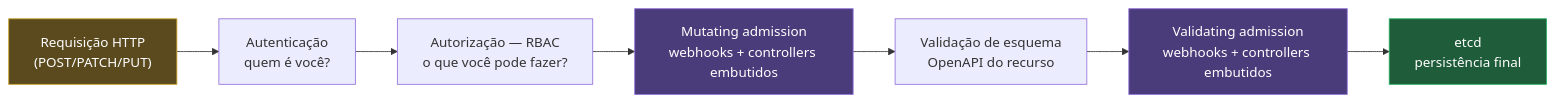
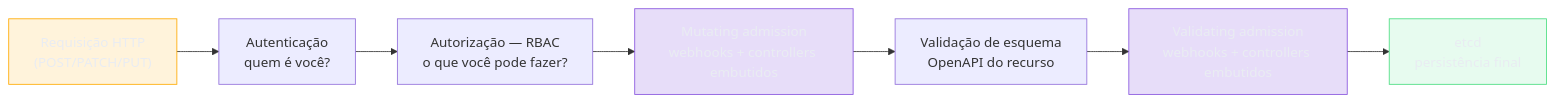
One commit to josenaldo/codex-technomanticus changed the second of 4 diagrams in 03-Dominios/Tecnologia/Infraestrutura/Kubernetes/16 - O control plane por dentro.md. Above: the diagram before and after it, drawn with Mermaid. The commit also changed other lines of this file and 1181 other files, not shown here.

First line of the commit message:
fix(diagramas): paleta do sistema no lugar de cor cravada no markdown

````diff
--- a/03-Dominios/Tecnologia/Infraestrutura/Kubernetes/16 - O control plane por dentro.md
+++ b/03-Dominios/Tecnologia/Infraestrutura/Kubernetes/16 - O control plane por dentro.md
@@ -100,14 +101,17 @@
 ```mermaid
 graph LR
+    classDef destaque fill:#FFAA0024,stroke:#FFAA00,color:#E9ECF2
+    classDef ok fill:#4ADE8021,stroke:#4ADE80,color:#E9ECF2
+    classDef marca fill:#8855DF33,stroke:#8855DF,color:#E9ECF2
     Req["Requisição HTTP<br/>(POST/PATCH/PUT)"] --> Auth["Autenticação<br/>quem é você?"]
     Auth --> Az["Autorização — RBAC<br/>o que você pode fazer?"]
     Az --> MA["Mutating admission<br/>webhooks + controllers embutidos"]
     MA --> Sch["Validação de esquema<br/>OpenAPI do recurso"]
     Sch --> VA["Validating admission<br/>webhooks + controllers embutidos"]
     VA --> ETCD["etcd<br/>persistência final"]
 
-    style Req fill:#5a4a1e,stroke:#c9a227,color:#fff
-    style ETCD fill:#1e5c3a,stroke:#27ae60,color:#fff
-    style MA fill:#4a3b7a,stroke:#8e6fd6,color:#fff
-    style VA fill:#4a3b7a,stroke:#8e6fd6,color:#fff
+    class Req destaque
+    class ETCD ok
+    class MA marca
+    class VA marca
 ```
````
